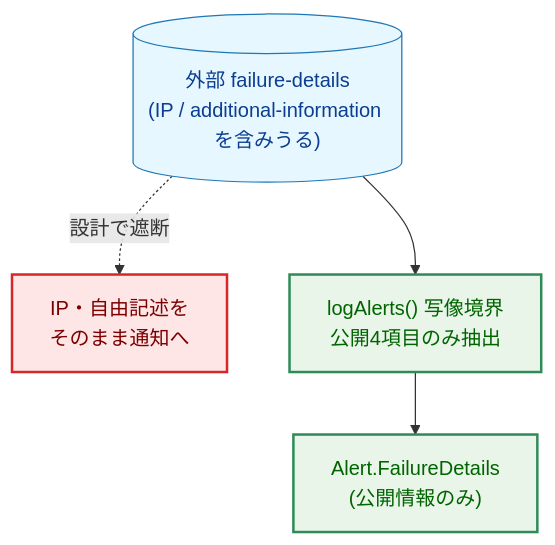
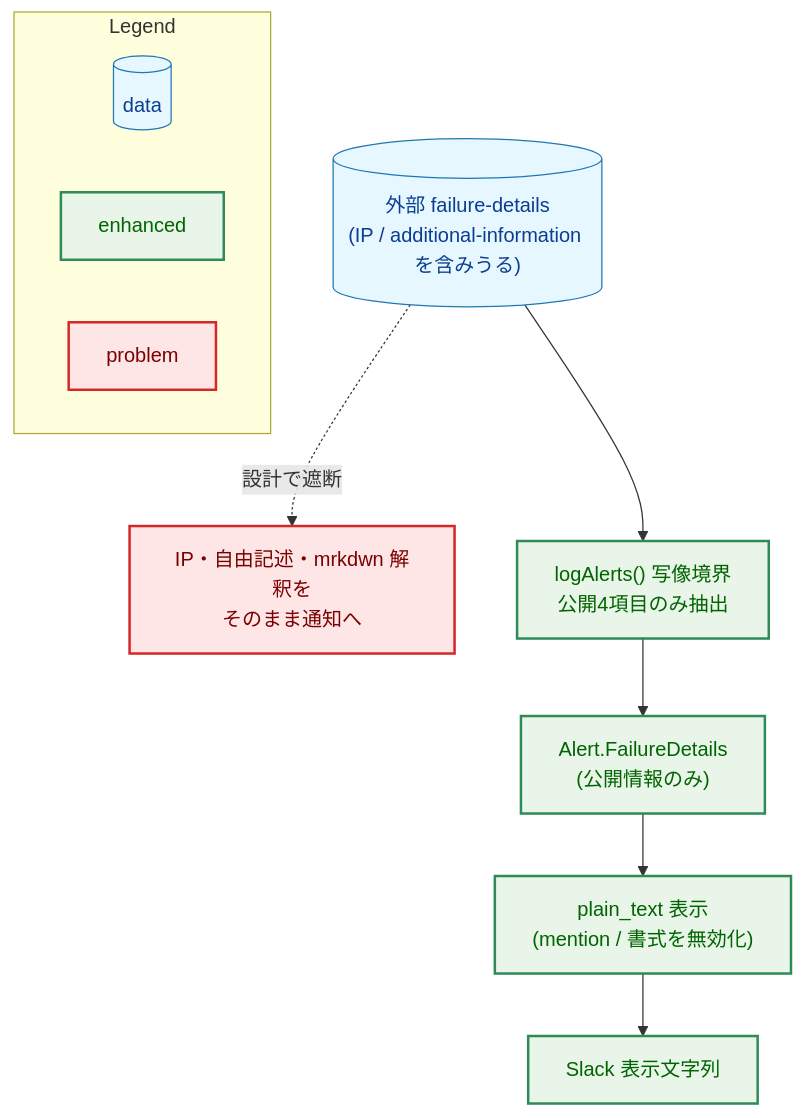
The fourth of 5 diagrams in docs/tasks/0101_slack_alert_format/02_architecture.ja.md (isseis/tlsrpt-digest), drawn with Mermaid before and after one commit. The commit also changed other lines of this file, not shown here.

First line of the commit message:
docs: address Slack alert architecture review findings

````diff
--- a/docs/tasks/0101_slack_alert_format/02_architecture.ja.md
+++ b/docs/tasks/0101_slack_alert_format/02_architecture.ja.md
@@ -270,19 +289,32 @@
 ```mermaid
 flowchart TD
     classDef data fill:#e6f7ff,stroke:#1f77b4,stroke-width:1px,color:#0b3d91;
     classDef enhanced fill:#e8f5e8,stroke:#2e8b57,stroke-width:2px,color:#006400;
     classDef problem fill:#ffe6e6,stroke:#d62728,stroke-width:2px,color:#7b0000;
 
     EXT[("外部 failure-details<br>(IP / additional-information を含みうる)")]
-    BAD["IP・自由記述を<br>そのまま通知へ"]
+    BAD["IP・自由記述・mrkdwn 解釈を<br>そのまま通知へ"]
     MAP["logAlerts() 写像境界<br>公開4項目のみ抽出"]
     SAFE["Alert.FailureDetails<br>(公開情報のみ)"]
+    ESC["plain_text 表示<br>(mention / 書式を無効化)"]
+    MSG["Slack 表示文字列"]
 
     EXT --> MAP
     MAP --> SAFE
+    SAFE --> ESC
+    ESC --> MSG
     EXT -.->|"設計で遮断"| BAD
 
+    subgraph Legend["Legend"]
+        L_DATA[("data")]
+        L_ENH["enhanced"]
+        L_PROB["problem"]
+    end
+
     class EXT data
-    class MAP,SAFE enhanced
+    class MAP,SAFE,ESC,MSG enhanced
     class BAD problem
+    class L_DATA data
+    class L_ENH enhanced
+    class L_PROB problem
 ```
````
